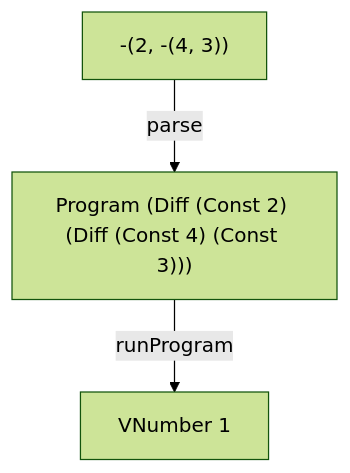
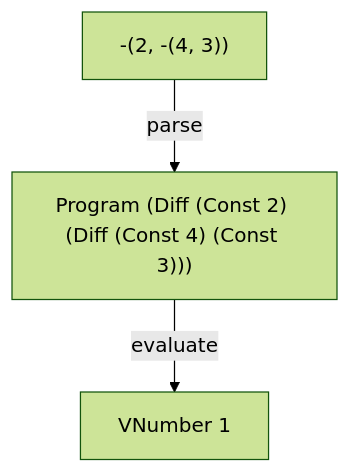
Before and after one commit to tinyinterpreters/diff: the diagram in README.md, drawn with Mermaid (forest theme). The commit also changed other lines of this file, not shown here.

````diff
--- a/README.md
+++ b/README.md
@@ -9,5 +9,5 @@
 ```mermaid
 flowchart TD
     A["-(2, -(4, 3))"] -->|parse| B["Program (Diff (Const 2) (Diff (Const 4) (Const 3)))"]
-    B -->|runProgram| C["VNumber 1"]
+    B -->|evaluate| C["VNumber 1"]
 ```
````
